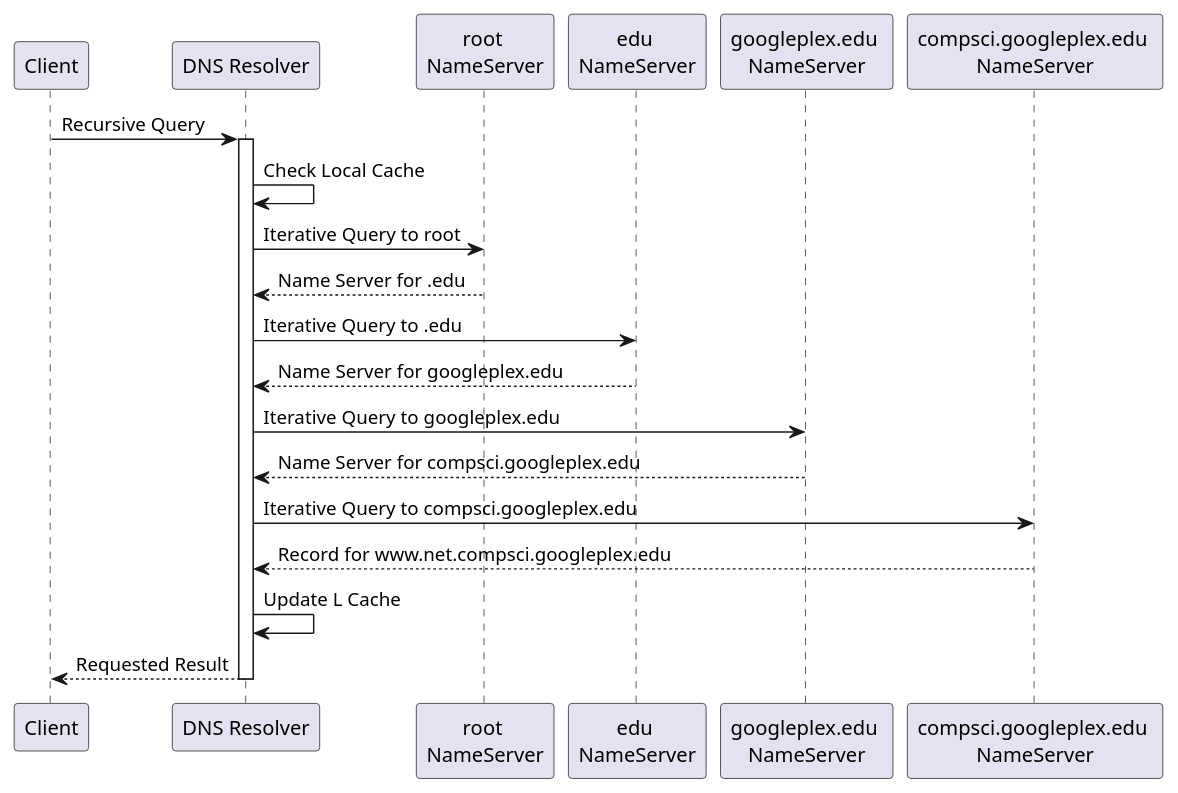
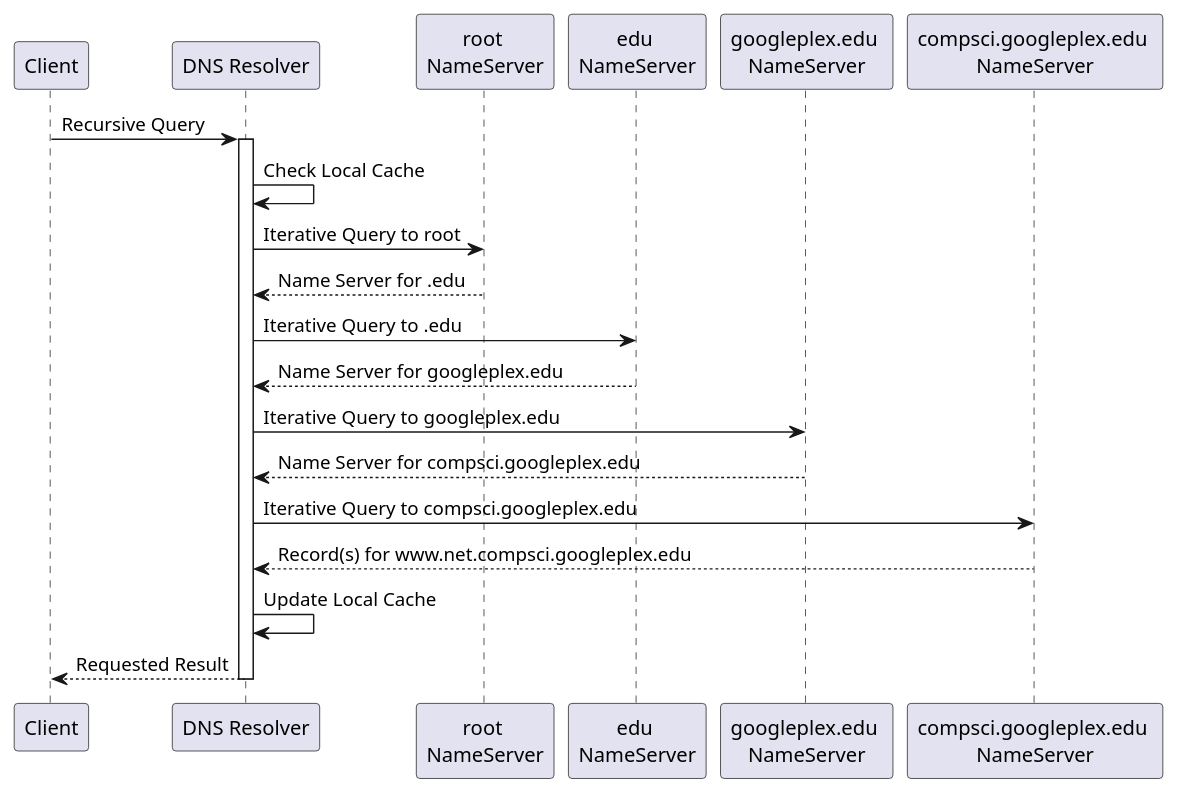
The diagram in dns/resolution-process.plantuml (yidas/web-service-protocols), drawn with PlantUML before and after one commit.

```diff
--- a/dns/resolution-process.plantuml
+++ b/dns/resolution-process.plantuml
@@ -1,25 +1,25 @@
 @startuml
 participant "Client" as c
 participant "DNS Resolver" as resolver
 
 participant "root \nNameServer" as rns
 participant "edu \nNameServer" as tldns
 participant "googleplex.edu \nNameServer" as dns
 participant "compsci.googleplex.edu \nNameServer" as sns
 
 c->resolver: Recursive Query
 activate resolver
 resolver->resolver: Check Local Cache
 resolver->rns: Iterative Query to root
 rns-->resolver: Name Server for .edu
 resolver->tldns: Iterative Query to .edu
 tldns-->resolver: Name Server for googleplex.edu
 resolver->dns: Iterative Query to googleplex.edu
 dns-->resolver: Name Server for compsci.googleplex.edu
 resolver->sns: Iterative Query to compsci.googleplex.edu
-sns-->resolver: Record for www.net.compsci.googleplex.edu
-resolver->resolver: Update L Cache
+sns-->resolver: Record(s) for www.net.compsci.googleplex.edu
+resolver->resolver: Update Local Cache
 resolver-->c: Requested Result
 deactivate resolver
 
 @enduml
```
